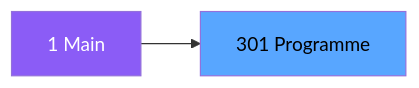
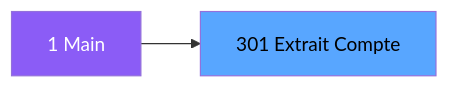
The second of 3 diagrams in .openspec/specs/ADH-IDE-301.md (thonyAGP/magic-migration), drawn with Mermaid before and after one commit. The commit also changed other lines of this file and 323 other files, not shown here.

````diff
--- a/.openspec/specs/ADH-IDE-301.md
+++ b/.openspec/specs/ADH-IDE-301.md
@@ -102,8 +116,8 @@
 ```mermaid
 graph LR
     M[1 Main]
-    T[301 Programme]
+    T[301 Extrait Compte]
     M --> T
     style M fill:#8b5cf6,color:#fff
     style T fill:#58a6ff,color:#000
 ```
````
